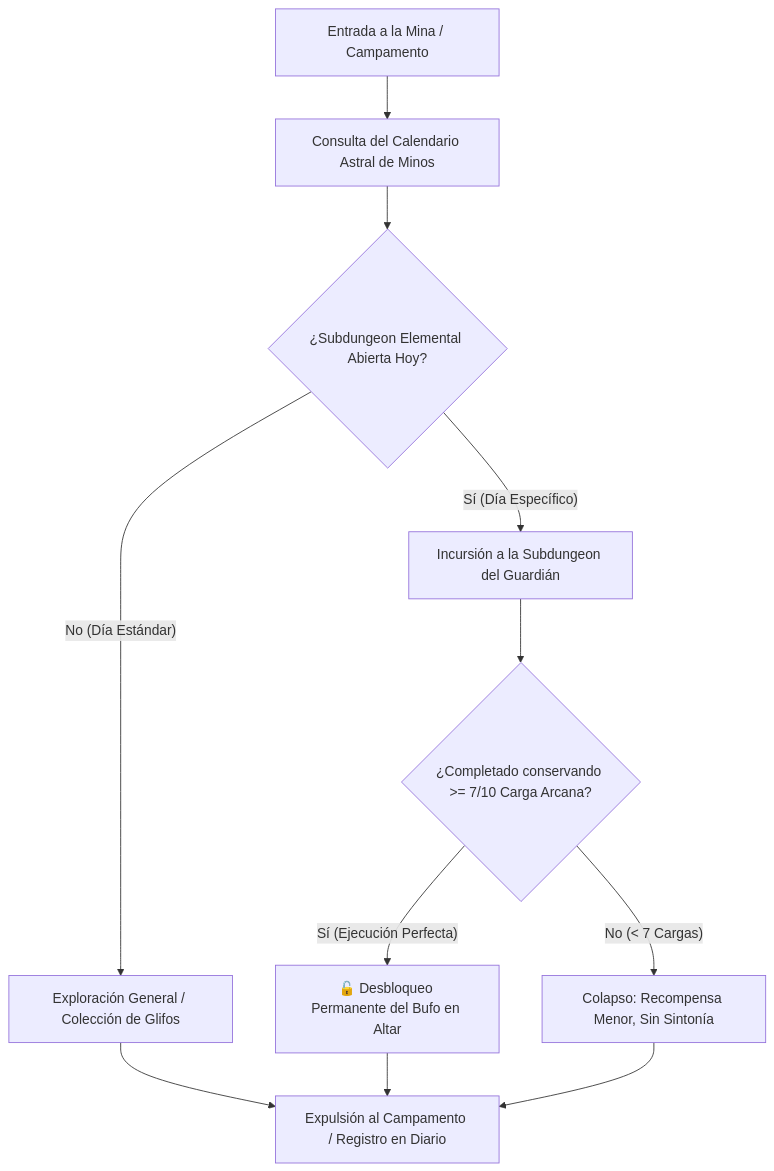
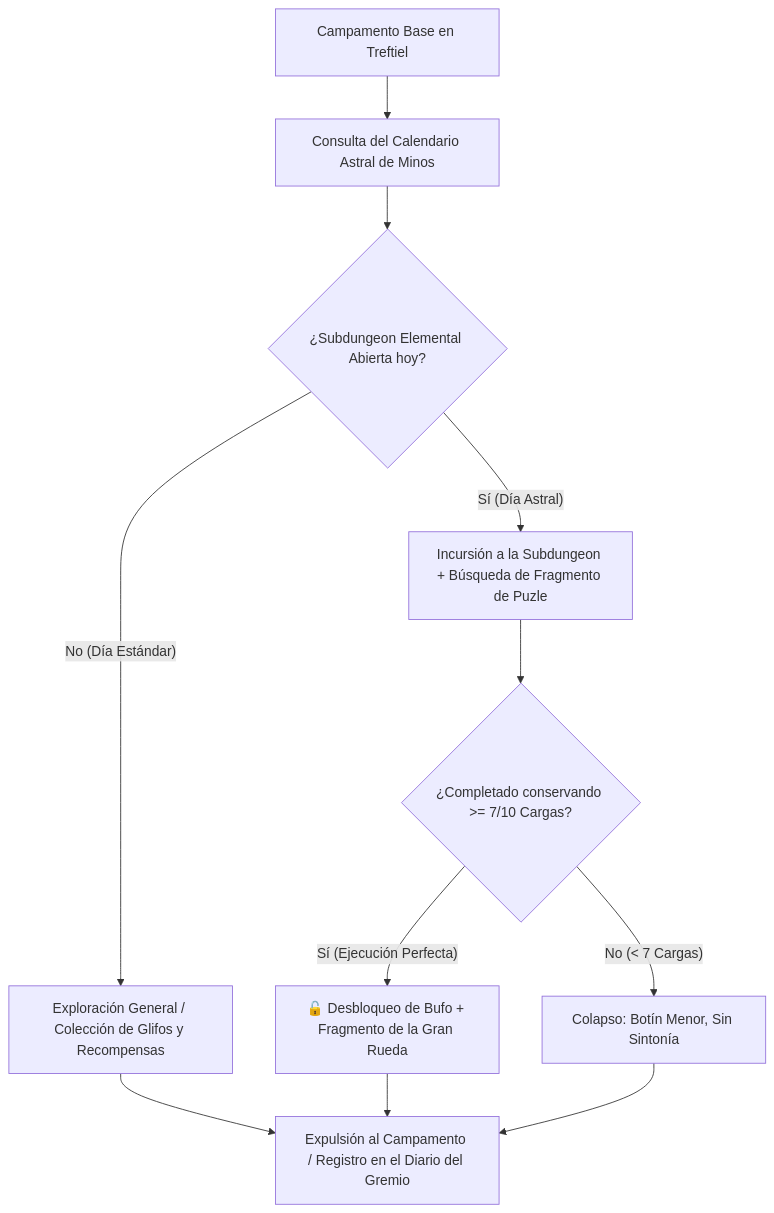
One commit to linkmati/ShivathLyss changed the diagram in 7 - DM/OneShots/ARepeat/00-Indice_y_Sistemas_Core.md. Above: the diagram before and after it, drawn with Mermaid. The commit also changed other lines of this file and 2 other files, not shown here.

Commit message:
feat: incorporate Treftiel/Angramanio lore, downtime rewards, and Grand Cipher Wheel meta-puzzle

````diff
--- a/7 - DM/OneShots/ARepeat/00-Indice_y_Sistemas_Core.md
+++ b/7 - DM/OneShots/ARepeat/00-Indice_y_Sistemas_Core.md
@@ -16,11 +22,11 @@
 ```mermaid
 flowchart TD
-    A["Entrada a la Mina / Campamento"] --> B["Consulta del Calendario Astral de Minos"]
-    B --> C{"¿Subdungeon Elemental Abierta Hoy?"}
-    C -->|"Sí (Día Específico)"| D["Incursión a la Subdungeon del Guardián"]
-    C -->|"No (Día Estándar)"| E["Exploración General / Colección de Glifos"]
-    D --> F{"¿Completado conservando >= 7/10 Carga Arcana?"}
-    F -->|"Sí (Ejecución Perfecta)"| G["🔓 Desbloqueo Permanente del Bufo en Altar"]
-    F -->|"No (< 7 Cargas)"| H["Colapso: Recompensa Menor, Sin Sintonía"]
-    E & G & H --> I["Expulsión al Campamento / Registro en Diario"]
+    A["Campamento Base en Treftiel"] --> B["Consulta del Calendario Astral de Minos"]
+    B --> C{"¿Subdungeon Elemental Abierta hoy?"}
+    C -->|"Sí (Día Astral)"| D["Incursión a la Subdungeon + Búsqueda de Fragmento de Puzle"]
+    C -->|"No (Día Estándar)"| E["Exploración General / Colección de Glifos y Recompensas"]
+    D --> F{"¿Completado conservando >= 7/10 Cargas?"}
+    F -->|"Sí (Ejecución Perfecta)"| G["🔓 Desbloqueo de Bufo + Fragmento de la Gran Rueda"]
+    F -->|"No (< 7 Cargas)"| H["Colapso: Botín Menor, Sin Sintonía"]
+    E & G & H --> I["Expulsión al Campamento / Registro en el Diario del Gremio"]
 ```
````
